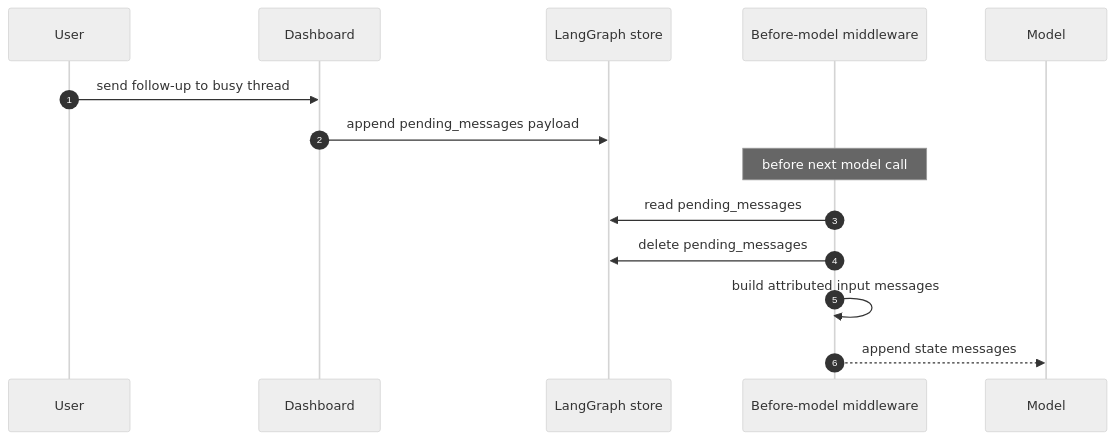
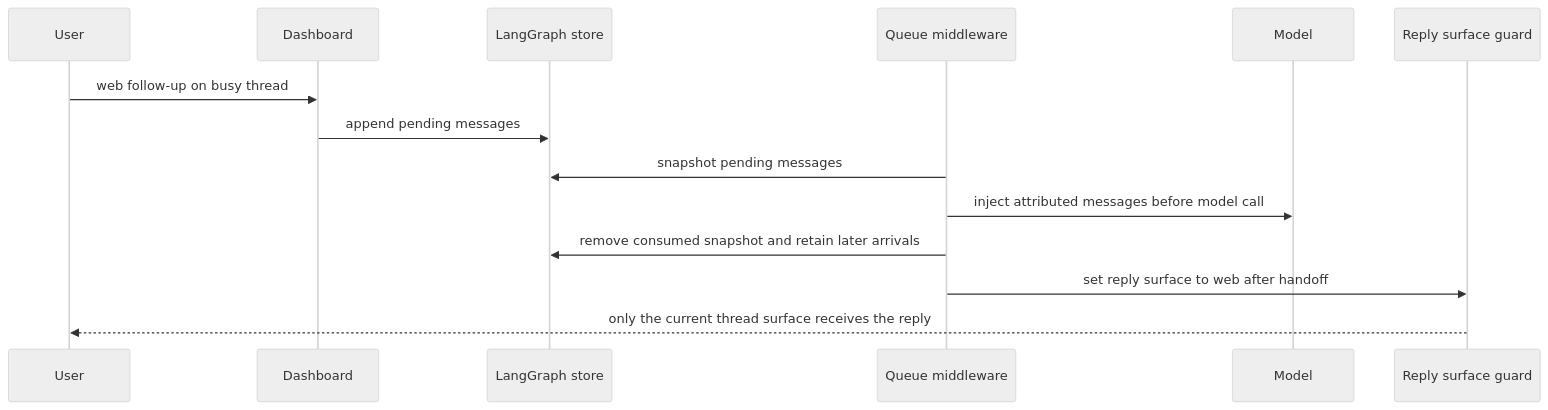
The second of 3 diagrams in openwiki/workflows/follow-up-messages.md (langchain-ai/open-swe), drawn with Mermaid (neutral theme) before and after one commit. The commit also changed other lines of this file and 55 other files, not shown here.

````diff
--- a/openwiki/workflows/follow-up-messages.md
+++ b/openwiki/workflows/follow-up-messages.md
@@ -151,17 +90,17 @@
 ```mermaid
 sequenceDiagram
-    autonumber
     participant User
     participant Dashboard
-    participant Queue as LangGraph store
-    participant Middleware as Before-model middleware
+    participant Store as LangGraph store
+    participant QueueMW as Queue middleware
     participant Model
+    participant ReplyGuard as Reply surface guard
 
-    User->>Dashboard: send follow-up to busy thread
-    Dashboard->>Queue: append pending_messages payload
-    Note over Middleware: before next model call
-    Middleware->>Queue: read pending_messages
-    Middleware->>Queue: delete pending_messages
-    Middleware->>Middleware: build attributed input messages
-    Middleware-->>Model: append state messages
+    User->>Dashboard: web follow-up on busy thread
+    Dashboard->>Store: append pending messages
+    QueueMW->>Store: snapshot pending messages
+    QueueMW->>Model: inject attributed messages before model call
+    QueueMW->>Store: remove consumed snapshot and retain later arrivals
+    QueueMW->>ReplyGuard: set reply surface to web after handoff
+    ReplyGuard-->>User: only the current thread surface receives the reply
 ```
````
